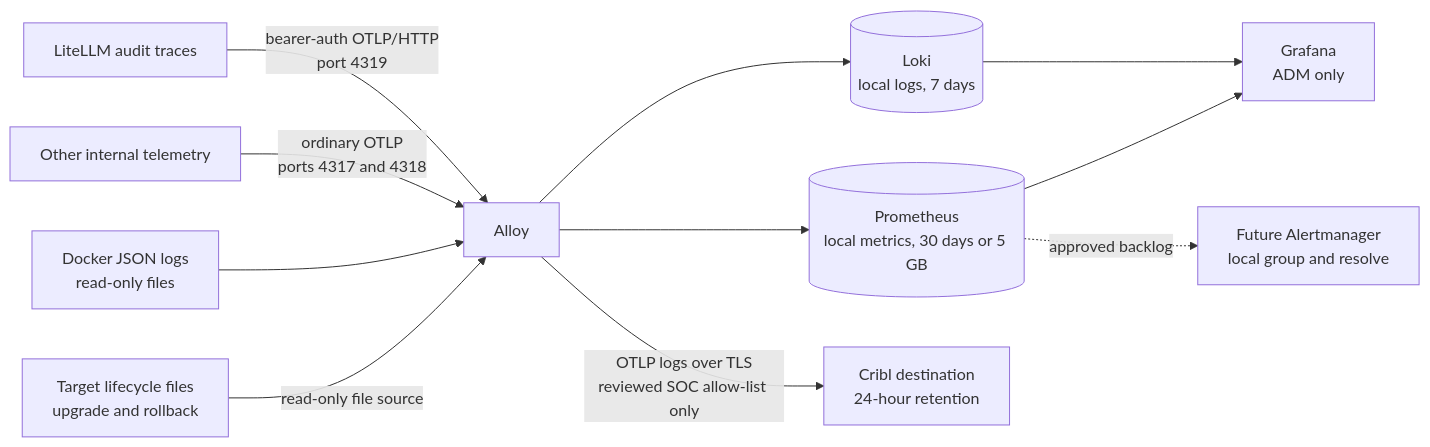
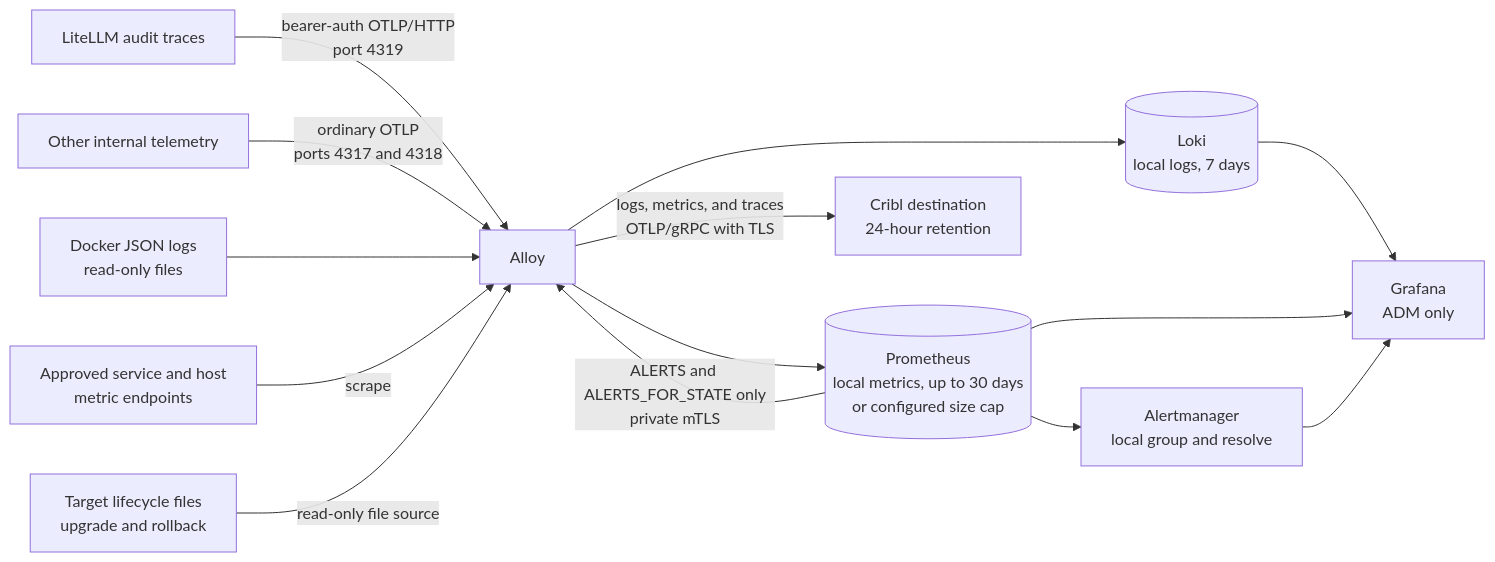
The diagram in docs/observability-operations.md (derhornspieler/ai-gateway), drawn with Mermaid before and after one commit. The commit also changed other lines of this file and 169 other files, not shown here.

````diff
--- a/docs/observability-operations.md
+++ b/docs/observability-operations.md
@@ -20,13 +24,16 @@
 ```mermaid
 flowchart LR
   LLM[LiteLLM audit traces] -->|bearer-auth OTLP/HTTP<br/>port 4319| AL[Alloy]
   APP[Other internal telemetry] -->|ordinary OTLP<br/>ports 4317 and 4318| AL
   LOG[Docker JSON logs<br/>read-only files] --> AL
+  MET[Approved service and host<br/>metric endpoints] -->|scrape| AL
   CTRL[Target lifecycle files<br/>upgrade and rollback] -->|read-only file source| AL
   AL --> LK[(Loki<br/>local logs, 7 days)]
-  AL --> PR[(Prometheus<br/>local metrics, 30 days or 5 GB)]
-  PR -.approved backlog.-> AM[Future Alertmanager<br/>local group and resolve]
+  AL --> PR[(Prometheus<br/>local metrics, up to 30 days<br/>or configured size cap)]
+  PR --> AM[Alertmanager<br/>local group and resolve]
+  PR -->|ALERTS and ALERTS_FOR_STATE only<br/>private mTLS| AL
   LK --> GF[Grafana<br/>ADM only]
   PR --> GF
-  AL -->|OTLP logs over TLS<br/>reviewed SOC allow-list only| CR[Cribl destination<br/>24-hour retention]
+  AM --> GF
+  AL -->|logs, metrics, and traces<br/>OTLP/gRPC with TLS| CR[Cribl destination<br/>24-hour retention]
 ```
````
